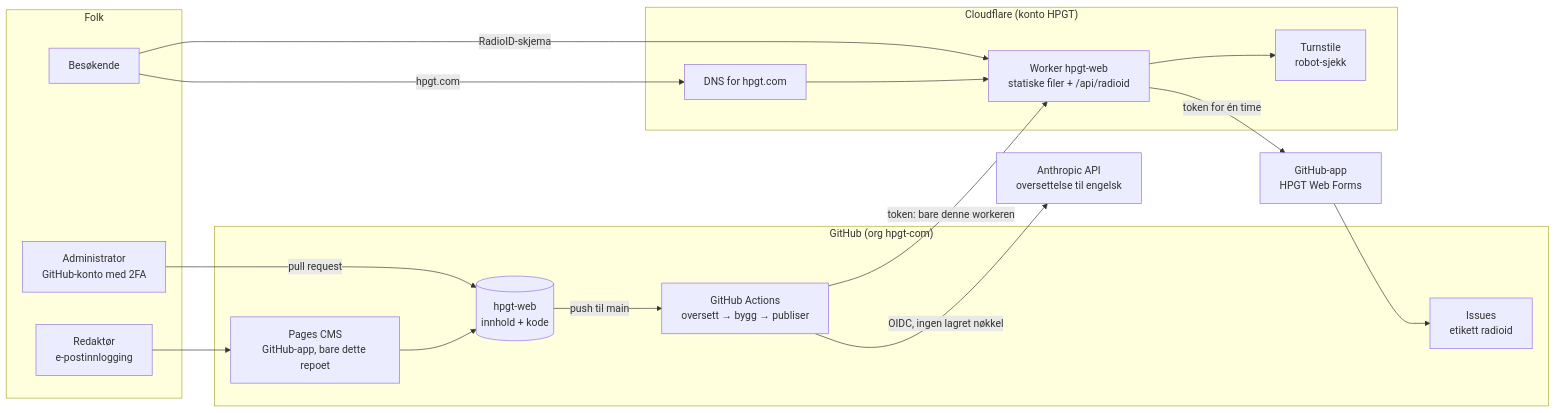
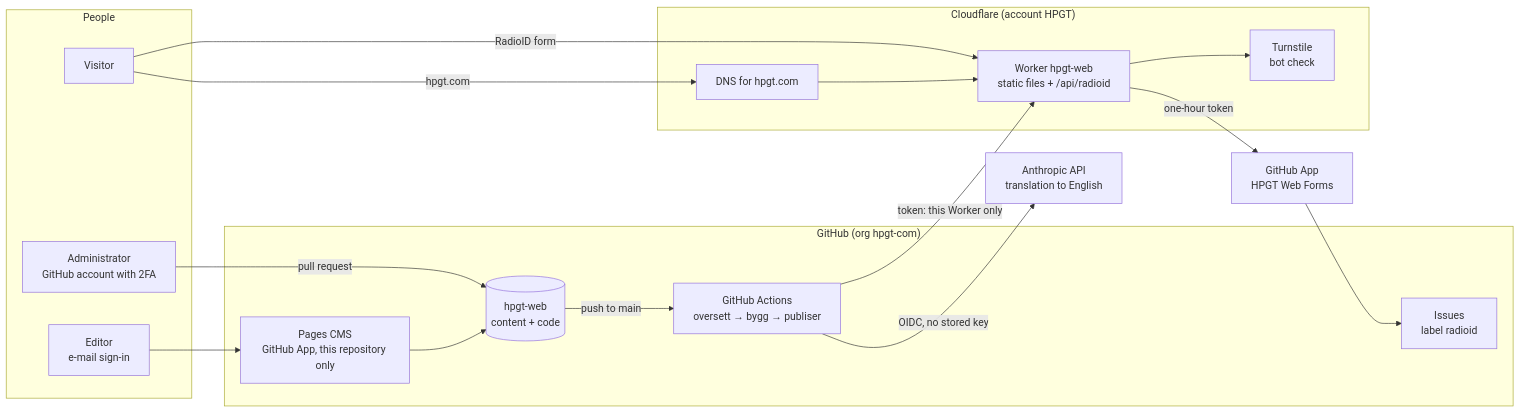
One commit to hpgt-com/hpgt-web changed the first of 3 diagrams in docs/architecture.md. Above: the diagram before and after it, drawn with Mermaid. The commit also changed other lines of this file and 10 other files, not shown here.

````diff
--- a/docs/architecture.md
+++ b/docs/architecture.md
@@ -20,34 +20,34 @@
 ```mermaid
 flowchart LR
-  subgraph Folk
-    R[Redaktør<br/>e-postinnlogging]
-    A[Administrator<br/>GitHub-konto med 2FA]
-    B[Besøkende]
+  subgraph People
+    R[Editor<br/>e-mail sign-in]
+    A[Administrator<br/>GitHub account with 2FA]
+    B[Visitor]
   end
 
   subgraph GitHub["GitHub (org hpgt-com)"]
-    CMS[Pages CMS<br/>GitHub-app, bare dette repoet]
-    REPO[(hpgt-web<br/>innhold + kode)]
+    CMS[Pages CMS<br/>GitHub App, this repository only]
+    REPO[(hpgt-web<br/>content + code)]
     ACT[GitHub Actions<br/>oversett → bygg → publiser]
-    ISS[Issues<br/>etikett radioid]
+    ISS[Issues<br/>label radioid]
   end
 
-  subgraph Cloudflare["Cloudflare (konto HPGT)"]
-    W[Worker hpgt-web<br/>statiske filer + /api/radioid]
-    TS[Turnstile<br/>robot-sjekk]
+  subgraph Cloudflare["Cloudflare (account HPGT)"]
+    W[Worker hpgt-web<br/>static files + /api/radioid]
+    TS[Turnstile<br/>bot check]
     DNS[DNS for hpgt.com]
   end
 
-  AN[Anthropic API<br/>oversettelse til engelsk]
-  APP[GitHub-app<br/>HPGT Web Forms]
+  AN[Anthropic API<br/>translation to English]
+  APP[GitHub App<br/>HPGT Web Forms]
 
   R --> CMS --> REPO
   A -- pull request --> REPO
-  REPO -- push til main --> ACT
-  ACT -- OIDC, ingen lagret nøkkel --> AN
-  ACT -- token: bare denne workeren --> W
+  REPO -- push to main --> ACT
+  ACT -- OIDC, no stored key --> AN
+  ACT -- token: this Worker only --> W
   B -- hpgt.com --> DNS --> W
-  B -- RadioID-skjema --> W
+  B -- RadioID form --> W
   W --> TS
-  W -- token for én time --> APP --> ISS
+  W -- one-hour token --> APP --> ISS
 ```
````
